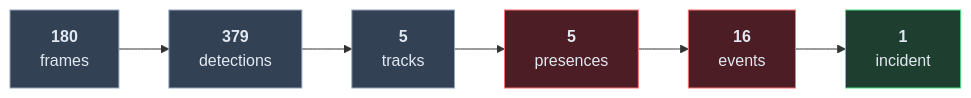
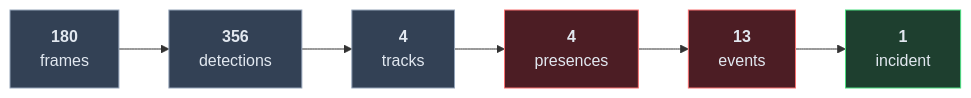
One commit to haidar-farhat/V.I.G.I.L._Vision_Intelligence_and_Geospatial_ncident_Layer changed the second of 3 diagrams in README.md. Above: the diagram before and after it, drawn with Mermaid. The commit also changed other lines of this file and 8 other files, not shown here.

````diff
--- a/README.md
+++ b/README.md
@@ -98,12 +98,12 @@
 ```mermaid
 flowchart LR
-    A["<b>180</b><br/>frames"] --> B["<b>379</b><br/>detections"] --> C["<b>5</b><br/>tracks"]
-    C --> D["<b>5</b><br/>presences"] --> E["<b>16</b><br/>events"] --> F["<b>1</b><br/>incident"]
+    A["<b>180</b><br/>frames"] --> B["<b>356</b><br/>detections"] --> C["<b>4</b><br/>tracks"]
+    C --> D["<b>4</b><br/>presences"] --> E["<b>13</b><br/>events"] --> F["<b>1</b><br/>incident"]
 
     style A fill:#334155,stroke:#94a3b8,color:#e2e8f0
     style B fill:#334155,stroke:#94a3b8,color:#e2e8f0
     style C fill:#334155,stroke:#94a3b8,color:#e2e8f0
     style D fill:#4c1d24,stroke:#f87171,color:#e2e8f0
     style E fill:#4c1d24,stroke:#f87171,color:#e2e8f0
     style F fill:#1e3f2f,stroke:#4ade80,color:#e2e8f0
 ```
````
